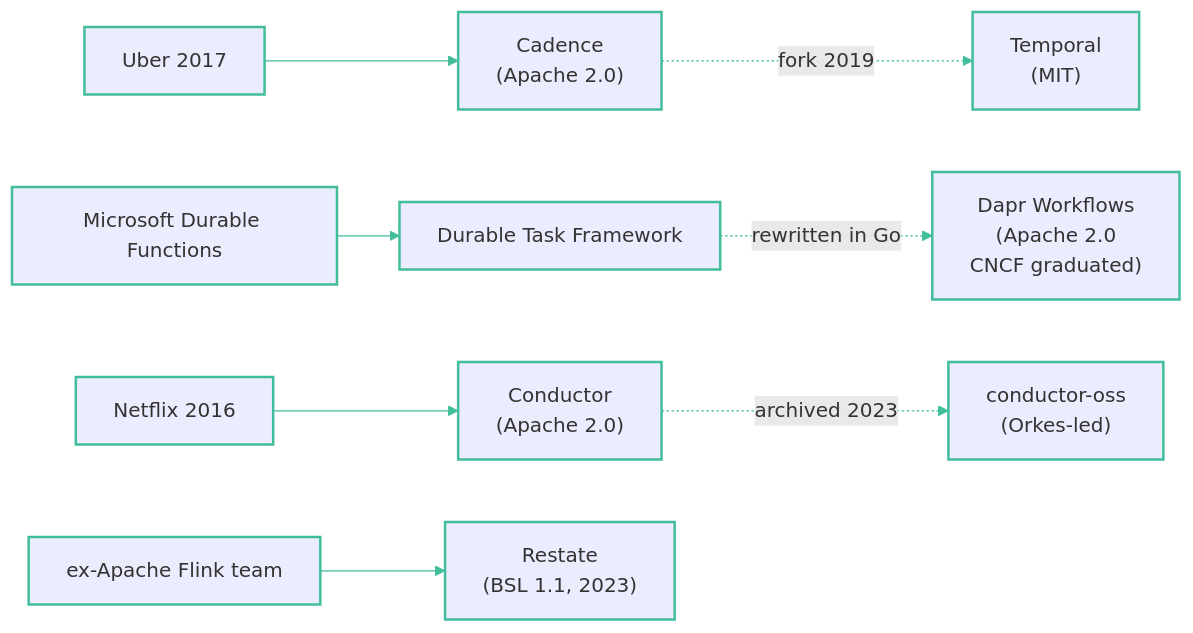
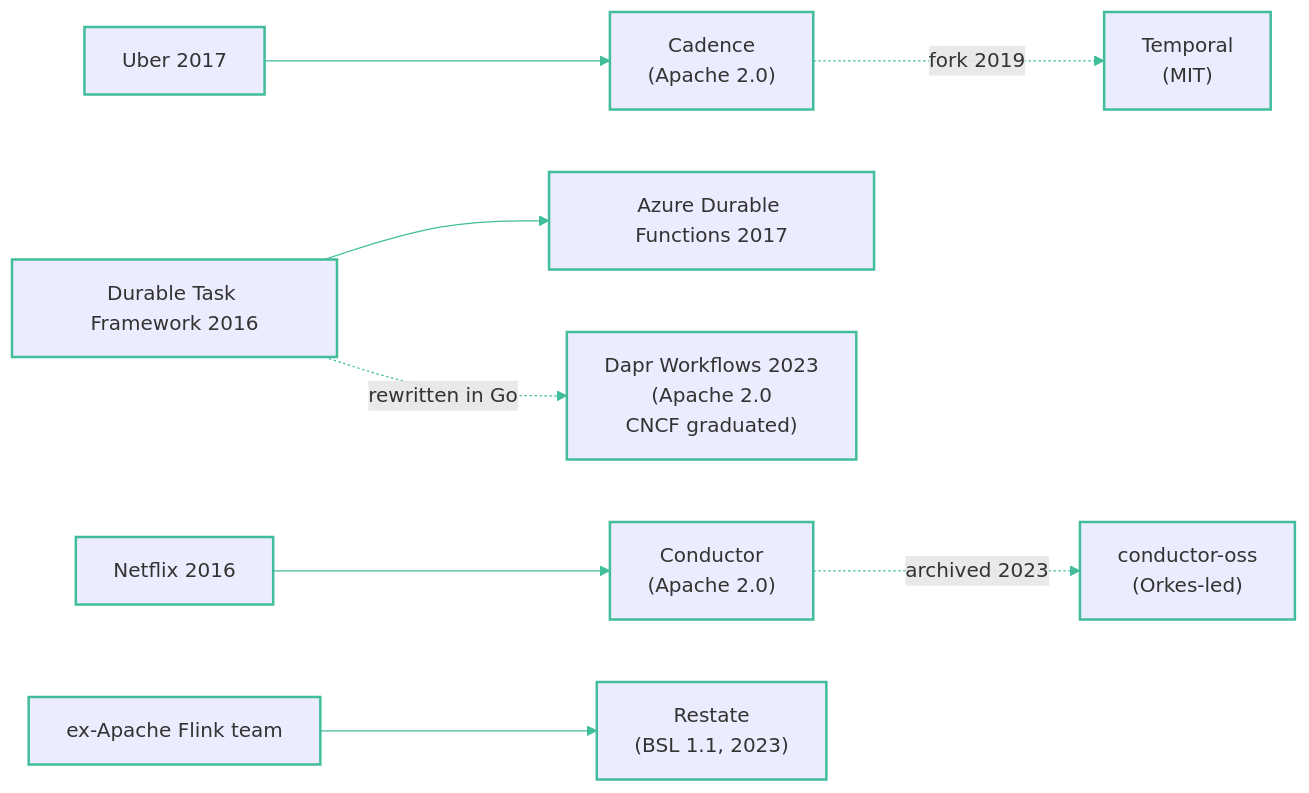
One commit to diagrid-labs/durable-execution-battle changed the diagram in slides/00-open/05-lineage-map.md. Above: the diagram before and after it, drawn with Mermaid. The commit also changed 7 other files, not shown here.

Commit message:
Remove some steps to speed up the flow

````diff
--- a/slides/00-open/05-lineage-map.md
+++ b/slides/00-open/05-lineage-map.md
@@ -3,22 +3,22 @@
 ```mermaid
 graph LR
   Uber["Uber 2017"] --> Cadence["Cadence
   (Apache 2.0)"]
   Cadence -.fork 2019.-> Temporal["Temporal
   (MIT)"]
 
-  MS["Microsoft Durable Functions"] --> DTFx["Durable Task Framework"]
-  DTFx -."rewritten in Go".-> Dapr["Dapr Workflows
+  DTFx["Durable Task Framework 2016"] --> MS["Azure Durable Functions 2017"] 
+  DTFx -."rewritten in Go".-> Dapr["Dapr Workflows 2023
   (Apache 2.0
   CNCF graduated)"]
 
   Netflix["Netflix 2016"] --> Conductor["Conductor
   (Apache 2.0)"]
   Conductor -."archived 2023".-> ConductorOSS["conductor-oss
   (Orkes-led)"]
 
   Flink["ex-Apache Flink team"] --> Restate["Restate
   (BSL 1.1, 2023)"]
   classDef default stroke:#41bd9b,stroke-width:2px
   linkStyle default stroke:#41bd9b,stroke-width:1px
 ```
````
